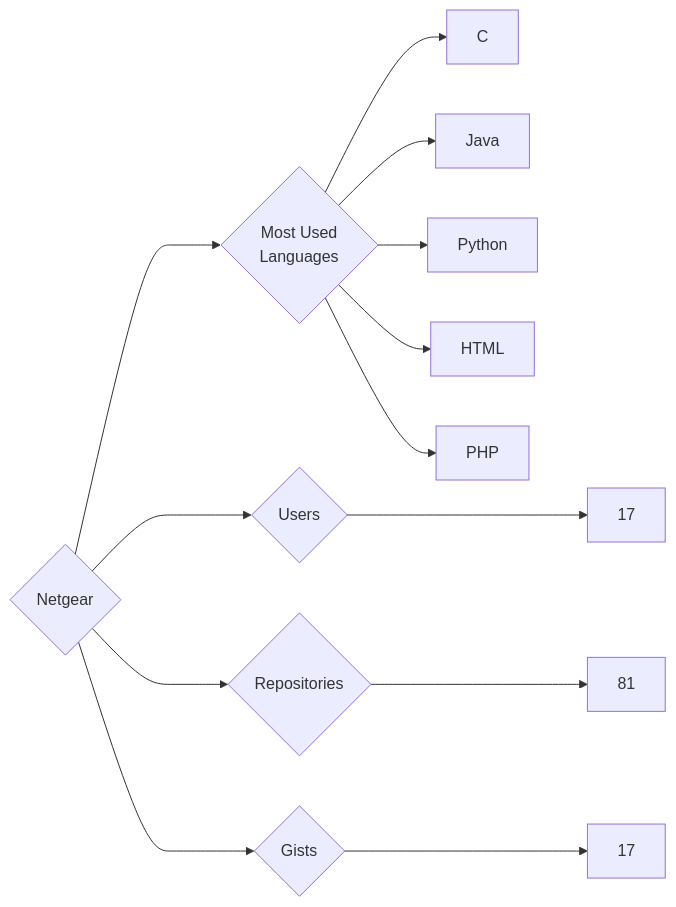
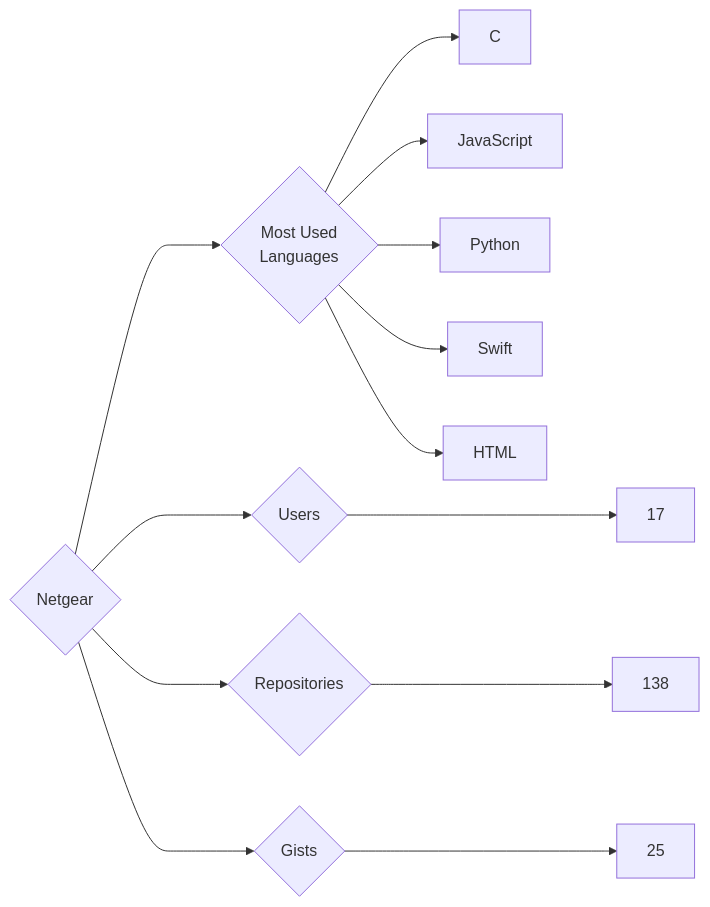
Before and after one commit to trickest/insiders: the diagram in targets/Netgear/README.md, drawn with Mermaid. The commit also changed 681 other files, not shown here.

````diff
--- a/targets/Netgear/README.md
+++ b/targets/Netgear/README.md
@@ -3,13 +3,13 @@
 ```mermaid
 graph LR
 COMPANY_NAME{Netgear}
 COMPANY_NAME ---> U{Users} ---> UN[17]
-COMPANY_NAME ---> R{Repositories} ---> RN[81]
-COMPANY_NAME ---> G{Gists} ---> GN[17]
+COMPANY_NAME ---> R{Repositories} ---> RN[138]
+COMPANY_NAME ---> G{Gists} ---> GN[25]
 COMPANY_NAME ---> ML{Most Used<br>Languages}
 ML --> C[C]
-ML --> Java[Java]
+ML --> JavaScript[JavaScript]
 ML --> Python[Python]
+ML --> Swift[Swift]
 ML --> HTML[HTML]
-ML --> PHP[PHP]
 ```
````
